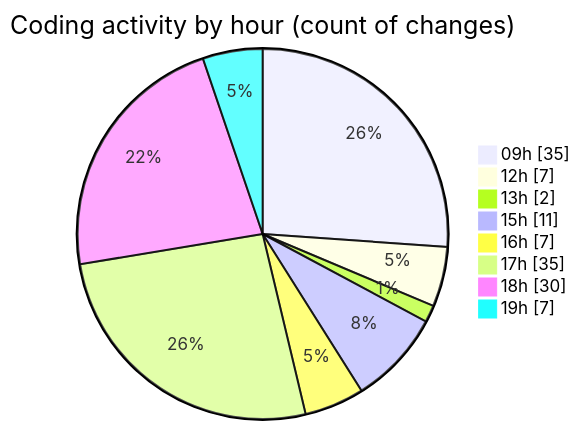
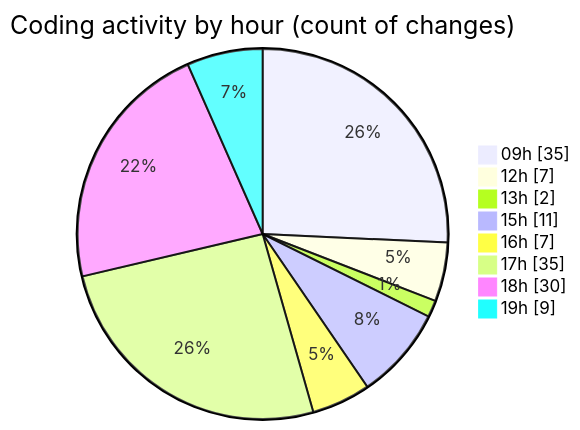
The second of 2 diagrams in 2026-06-11/cda/README.md (momahboobian/code-tracking), drawn with Mermaid before and after one commit. The commit also changed other lines of this file and 1 other file, not shown here.

````diff
--- a/2026-06-11/cda/README.md
+++ b/2026-06-11/cda/README.md
@@ -71,12 +71,12 @@
 ```mermaid
 pie showData
 title Coding activity by hour (count of changes)
 "09h" : 35
 "12h" : 7
 "13h" : 2
 "15h" : 11
 "16h" : 7
 "17h" : 35
 "18h" : 30
-"19h" : 7
+"19h" : 9
 ```
````
